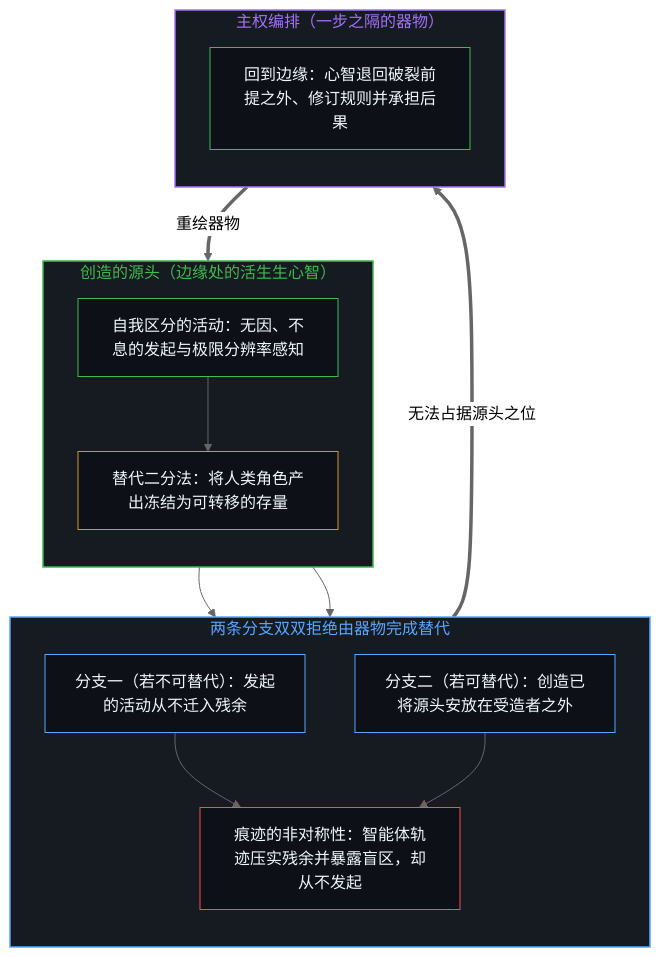
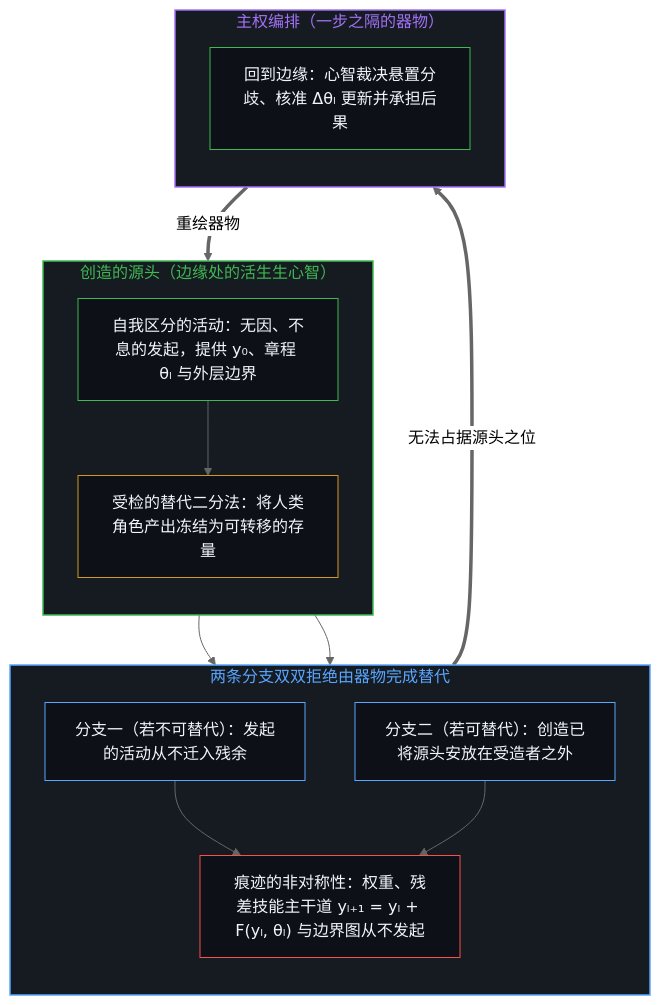
Before and after one commit to powerpig99/not-a-toe: the first of 2 diagrams in content/posts/a-creation-cannot-replace-its-source.md, drawn with Mermaid (neutral theme). The commit also changed other lines of this file and 2 other files, not shown here.

````diff
--- a/content/posts/a-creation-cannot-replace-its-source.md
+++ b/content/posts/a-creation-cannot-replace-its-source.md
@@ -37,34 +37,34 @@
 ```mermaid
 flowchart TD
     subgraph S_Edge["创造的源头（边缘处的活生生心智）"]
         direction TB
-        Prior["自我区分的活动：无因、不息的发起与极限分辨率感知"]
-        Dilem["替代二分法：将人类角色产出冻结为可转移的存量"]
+        Prior["自我区分的活动：无因、不息的发起，提供 y₀、章程 θₗ 与外层边界"]
+        Dilem["受检的替代二分法：将人类角色产出冻结为可转移的存量"]
         Prior --> Dilem
     end
     subgraph S_Branches["两条分支双双拒绝由器物完成替代"]
         direction TB
         B_Irrep["分支一（若不可替代）：发起的活动从不迁入残余"]
         B_Rep["分支二（若可替代）：创造已将源头安放在受造者之外"]
-        Asym["痕迹的非对称性：智能体轨迹压实残余并暴露盲区，却从不发起"]
+        Asym["痕迹的非对称性：权重、残差技能主干道 yₗ₊₁ = yₗ + F(yₗ, θₗ) 与边界图从不发起"]
         B_Irrep --> Asym
         B_Rep --> Asym
     end
     subgraph S_Return["主权编排（一步之隔的器物）"]
         direction TB
-        Steer["回到边缘：心智退回破裂前提之外、修订规则并承担后果"]
+        Steer["回到边缘：心智裁决悬置分歧、核准 Δθₗ 更新并承担后果"]
     end
     Dilem --> B_Irrep
     Dilem --> B_Rep
     Asym ==>|"无法占据源头之位"| Steer
     Steer ==>|"重绘器物"| Prior
     style S_Edge fill:#161b22,stroke:#3fb950,stroke-width:1.5px,color:#3fb950
     style S_Branches fill:#161b22,stroke:#58a6ff,stroke-width:1.5px,color:#58a6ff
     style S_Return fill:#161b22,stroke:#a371f7,stroke-width:1.5px,color:#a371f7
     style Prior fill:#0d1117,stroke:#3fb950,stroke-width:1px,color:#f0f6fc
     style Dilem fill:#0d1117,stroke:#d29922,stroke-width:1px,color:#f0f6fc
     style B_Irrep fill:#0d1117,stroke:#58a6ff,stroke-width:1px,color:#f0f6fc
     style B_Rep fill:#0d1117,stroke:#58a6ff,stroke-width:1px,color:#f0f6fc
     style Asym fill:#0d1117,stroke:#f85149,stroke-width:1px,color:#f0f6fc
     style Steer fill:#0d1117,stroke:#3fb950,stroke-width:1px,color:#f0f6fc
 ```
````
